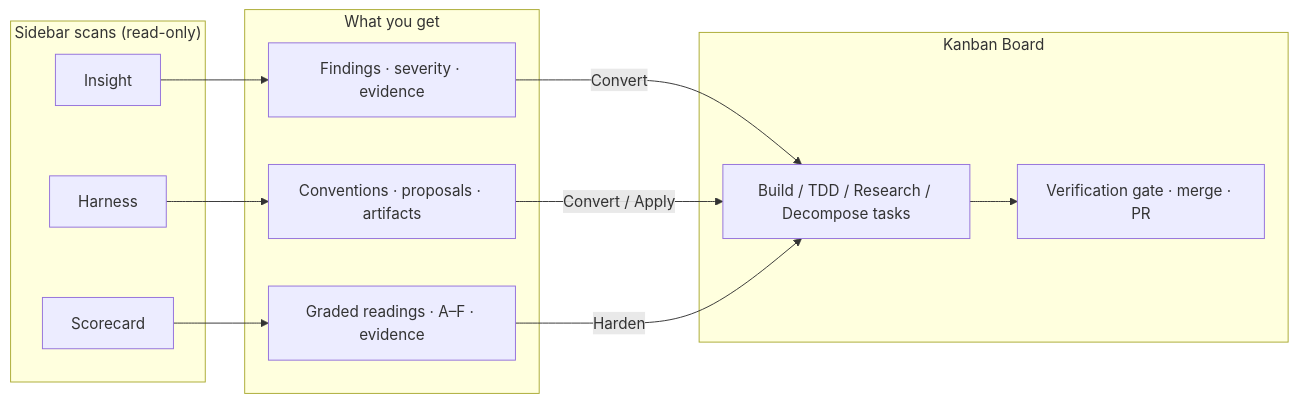
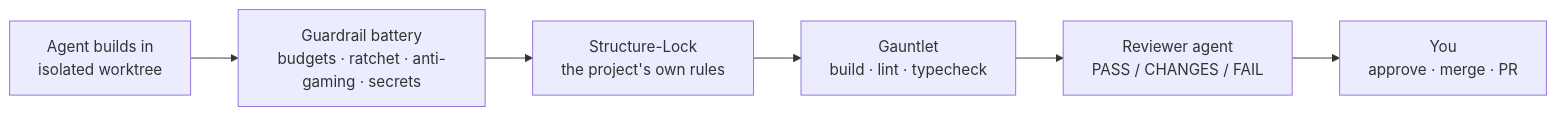
Before and after one commit to noctcore/nightcore: the diagram in README.md, drawn with Mermaid. The commit also changed other lines of this file, not shown here.

````diff
--- a/README.md
+++ b/README.md
@@ -221,24 +125,8 @@
 ```mermaid
 flowchart LR
-  subgraph scans["Sidebar scans (read-only)"]
-    I[Insight]
-    H[Harness]
-    S[Scorecard]
-  end
-  subgraph outputs["What you get"]
-    IF[Findings · severity · evidence]
-    HC[Conventions · proposals · artifacts]
-    SR[Graded readings · A–F · evidence]
-  end
-  subgraph board["Kanban Board"]
-    T[Build / TDD / Research / Decompose tasks]
-    V[Verification gate · merge · PR]
-  end
-  I --> IF
-  H --> HC
-  S --> SR
-  IF -->|Convert| T
-  HC -->|Convert / Apply| T
-  SR -->|Harden| T
-  T --> V
+  A[Agent builds in<br/>isolated worktree] --> B[Guardrail battery<br/>budgets · ratchet · anti-gaming · secrets]
+  B --> C[Structure-Lock<br/>the project's own rules]
+  C --> D[Gauntlet<br/>build · lint · typecheck]
+  D --> E[Reviewer agent<br/>PASS / CHANGES / FAIL]
+  E --> F[You<br/>approve · merge · PR]
 ```
````
